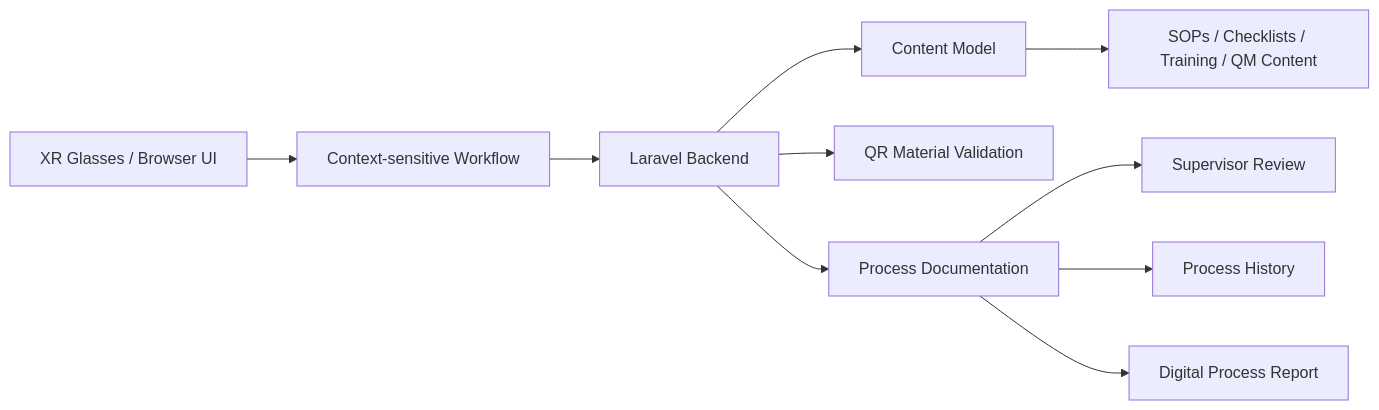
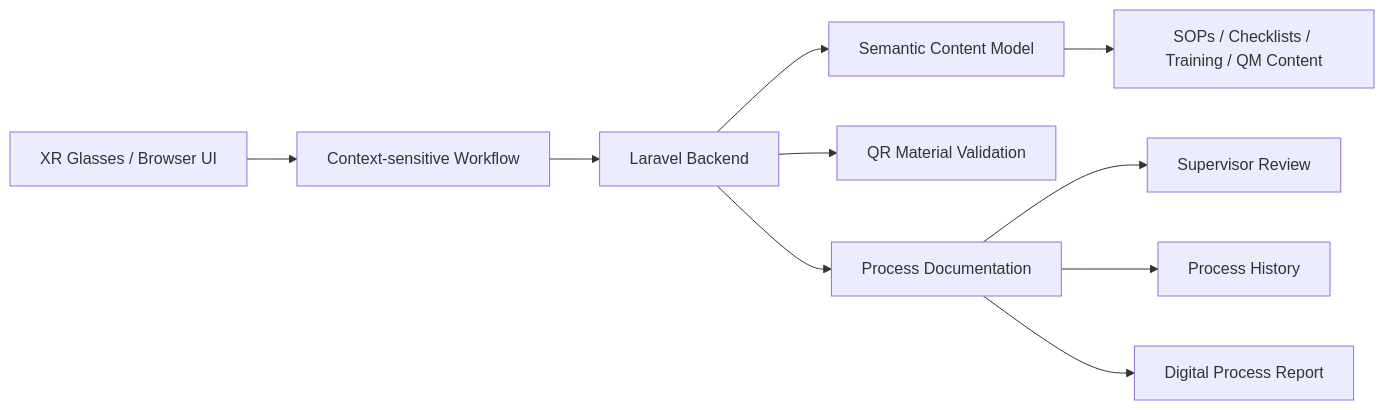
The diagram in ARCHITECTURE_AND_COMPLIANCE.md (piali1/XR_Glasses), drawn with Mermaid before and after one commit. The commit also changed other lines of this file and 3 other files, not shown here.

Commit message:
Finalize architecture and content model documentation

````diff
--- a/ARCHITECTURE_AND_COMPLIANCE.md
+++ b/ARCHITECTURE_AND_COMPLIANCE.md
@@ -13,12 +13,12 @@
 ```mermaid
 flowchart LR
     A[XR Glasses / Browser UI] --> B[Context-sensitive Workflow]
     B --> C[Laravel Backend]
-    C --> D[Content Model]
+    C --> D[Semantic Content Model]
     C --> E[QR Material Validation]
     C --> F[Process Documentation]
-    F --> G[Supervisor Review]
-    F --> H[Process History]
-    F --> I[Digital Process Report]
-    D --> J[SOPs / Checklists / Training / QM Content]
+    D --> G[SOPs / Checklists / Training / QM Content]
+    F --> H[Supervisor Review]
+    F --> I[Process History]
+    F --> J[Digital Process Report]
 ```
````
